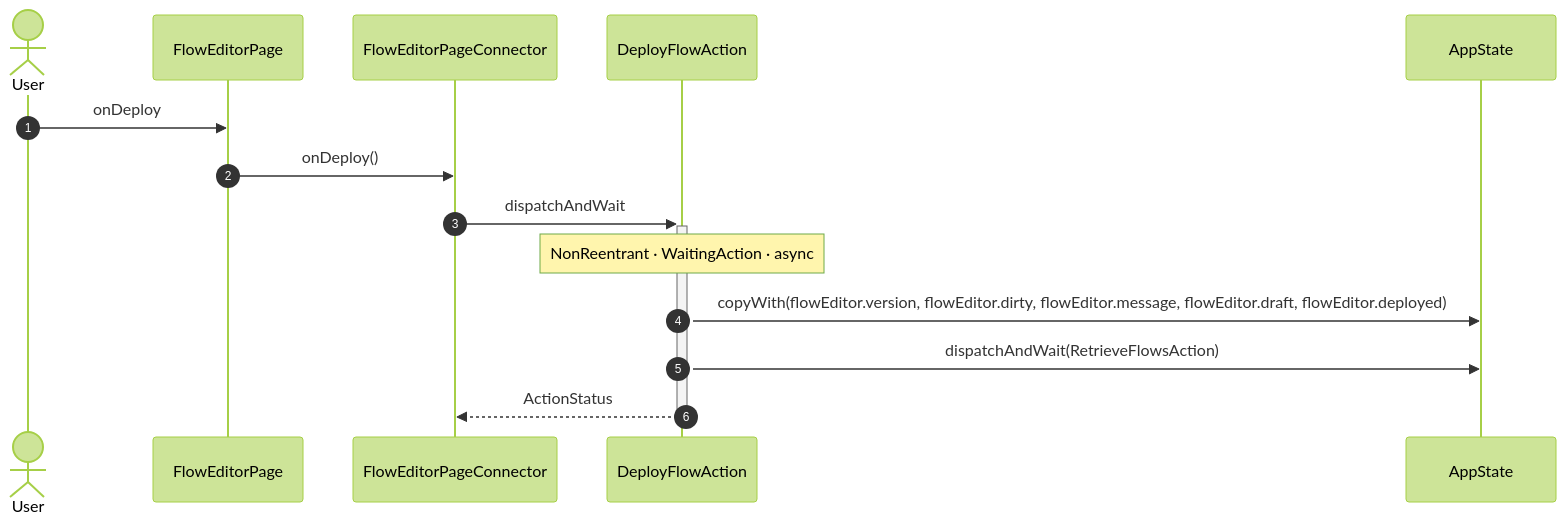
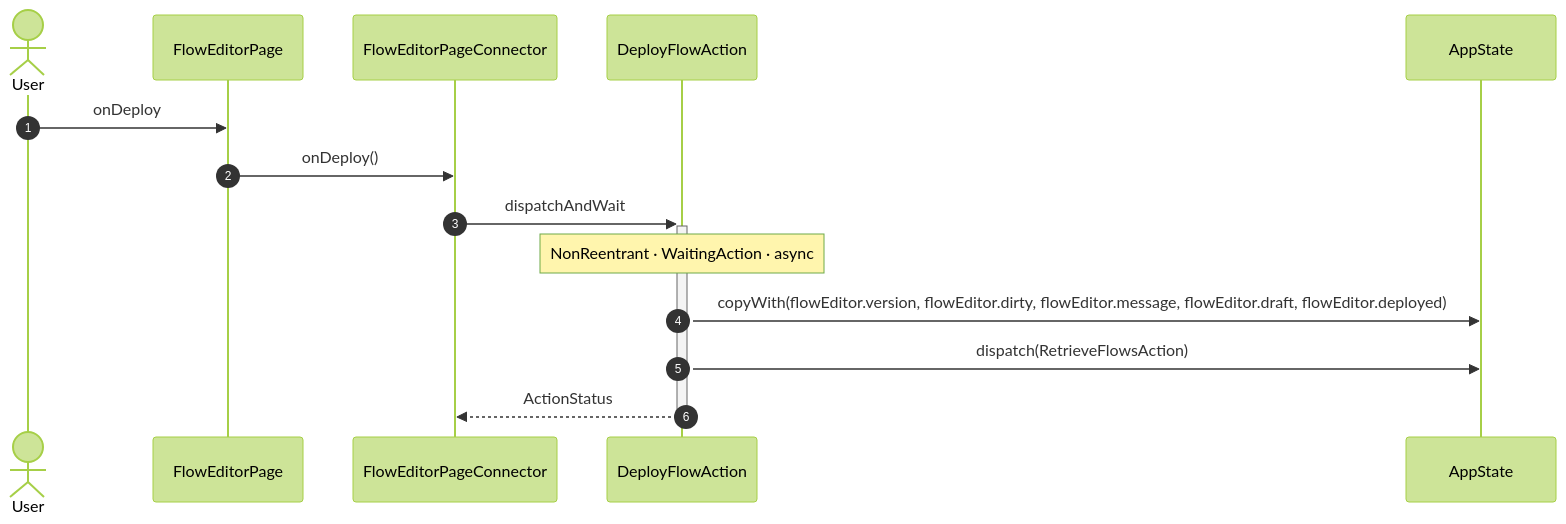
One commit to gencto/wyrm changed diagram 16 of 42 in studio/docs/flows/flowEditor.md. Above: the diagram before and after it, drawn with Mermaid (forest theme). The commit also changed other lines of this file and 61 other files, not shown here.

First line of the commit message:
studio: flow editor: typed editor state, field ids and actions without unawaited

````diff
--- a/studio/docs/flows/flowEditor.md
+++ b/studio/docs/flows/flowEditor.md
@@ -320,17 +321,17 @@
 ```mermaid
 sequenceDiagram
     autonumber
     actor User
     participant UI as FlowEditorPage
     participant VM as FlowEditorPageConnector
     participant A1 as DeployFlowAction
     participant ST as AppState
 
     User->>UI: onDeploy
     UI->>VM: onDeploy()
     VM->>+A1: dispatchAndWait
     Note over A1: NonReentrant · WaitingAction · async
     A1->>ST: copyWith(flowEditor.version, flowEditor.dirty, flowEditor.message, flowEditor.draft, flowEditor.deployed)
-    A1->>ST: dispatchAndWait(RetrieveFlowsAction)
+    A1->>ST: dispatch(RetrieveFlowsAction)
     A1-->>-VM: ActionStatus
 ```
````
